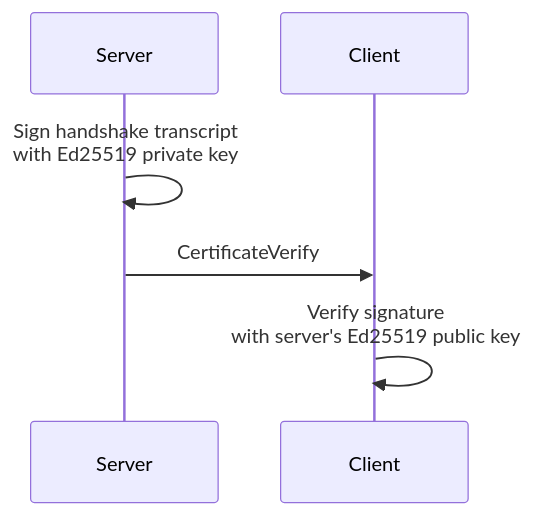
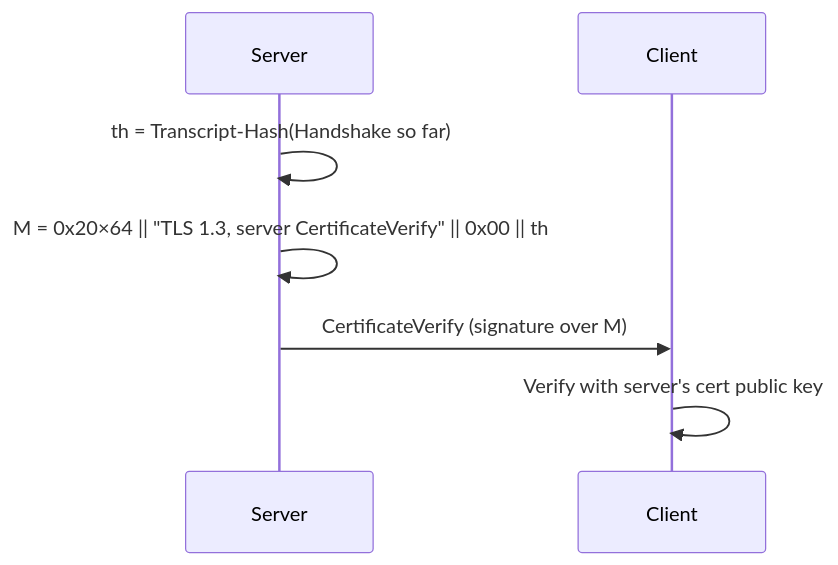
The fifth of 5 diagrams in README.md (cicorias/ec-curves-handshakes), drawn with Mermaid before and after one commit. The commit also changed other lines of this file and 9 other files, not shown here.

````diff
--- a/README.md
+++ b/README.md
@@ -122,9 +104,10 @@
 ```mermaid
 sequenceDiagram
     participant Server
     participant Client
 
-    Server->>Server: Sign handshake transcript<br/>with Ed25519 private key
-    Server->>Client: CertificateVerify
-    Client->>Client: Verify signature<br/>with server's Ed25519 public key
+    Server->>Server: th = Transcript-Hash(Handshake so far)
+    Server->>Server: M = 0x20×64 || "TLS 1.3, server CertificateVerify" || 0x00 || th
+    Server->>Client: CertificateVerify (signature over M)
+    Client->>Client: Verify with server's cert public key
 ```
````
